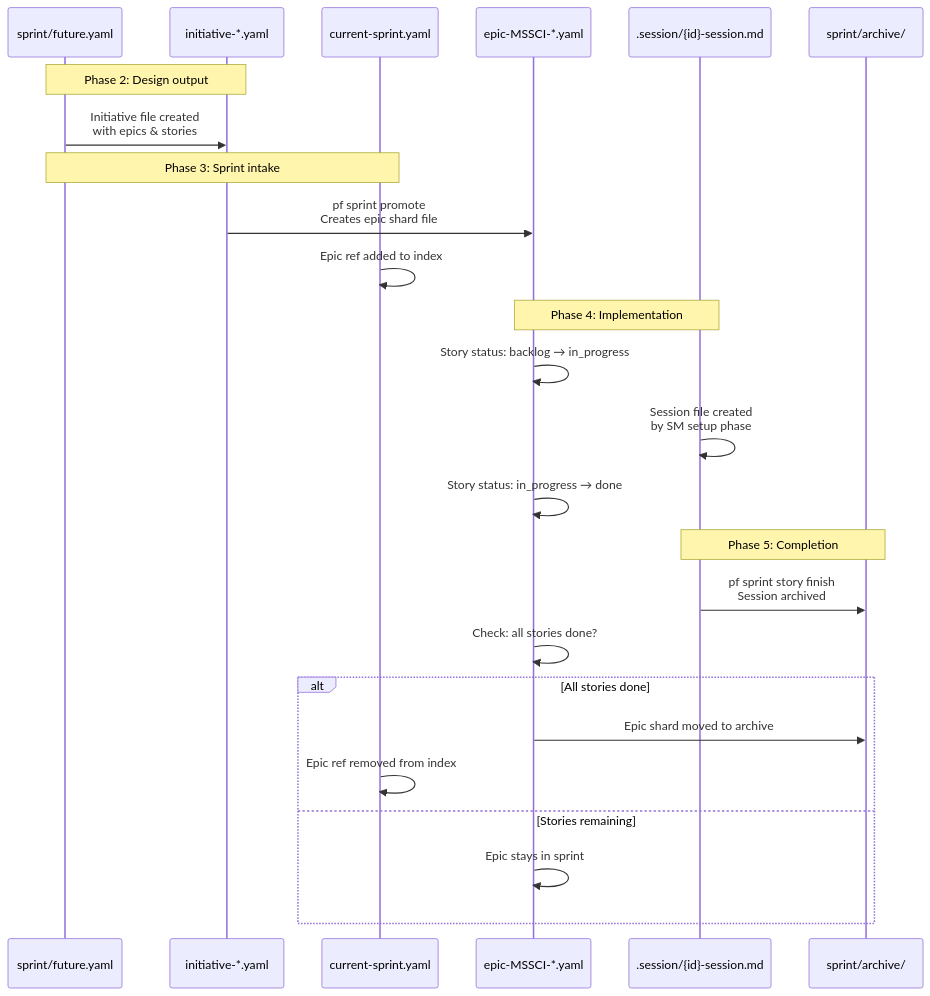
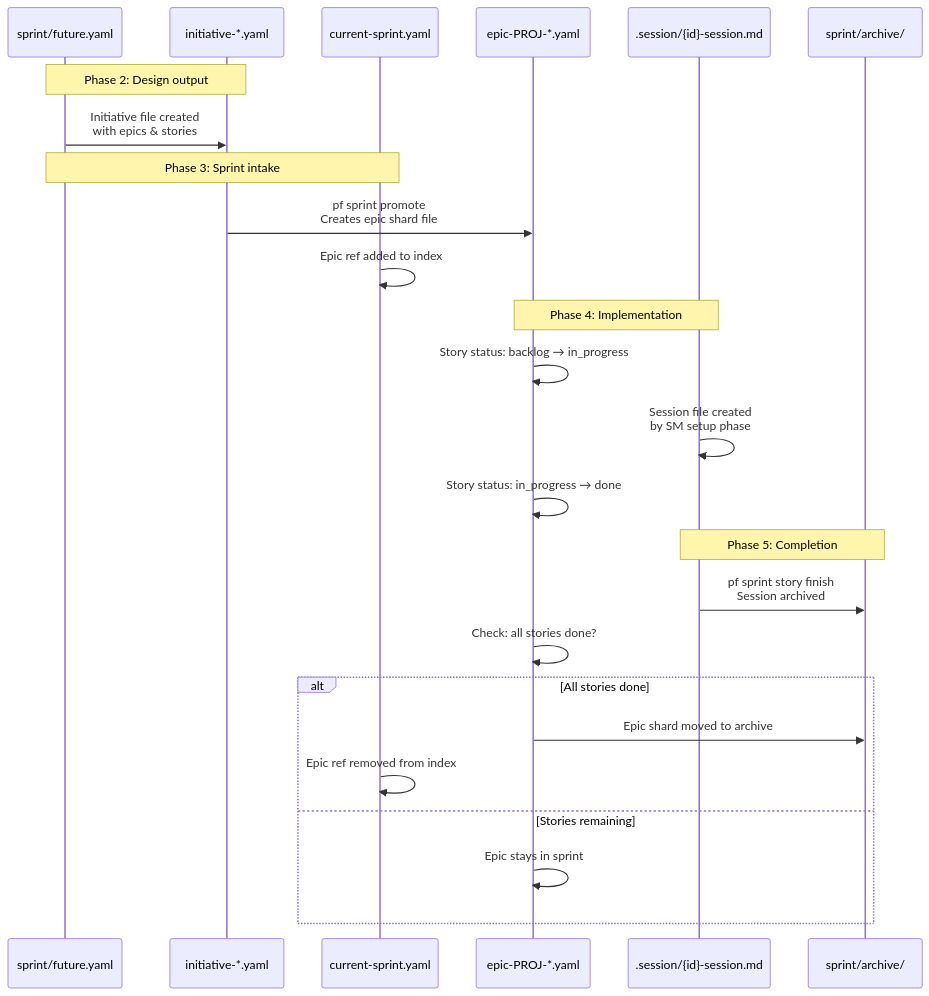
The fourth of 8 diagrams in docs/initiatives/lifecycle-composition/lifecycle-feature-journey.md (slabgorb/orc-penny), drawn with Mermaid before and after one commit. The commit also changed other lines of this file and 3751 other files, not shown here.

````diff
--- a/docs/initiatives/lifecycle-composition/lifecycle-feature-journey.md
+++ b/docs/initiatives/lifecycle-composition/lifecycle-feature-journey.md
@@ -212,32 +212,32 @@
 ```mermaid
 sequenceDiagram
     participant F as sprint/future.yaml
     participant I as initiative-*.yaml
     participant C as current-sprint.yaml
-    participant E as epic-MSSCI-*.yaml
+    participant E as epic-PROJ-*.yaml
     participant S as .session/{id}-session.md
     participant A as sprint/archive/
 
     Note over F,I: Phase 2: Design output
     F->>I: Initiative file created<br/>with epics & stories
 
     Note over F,C: Phase 3: Sprint intake
     I->>E: pf sprint promote<br/>Creates epic shard file
     C->>C: Epic ref added to index
 
     Note over E,S: Phase 4: Implementation
     E->>E: Story status: backlog → in_progress
     S->>S: Session file created<br/>by SM setup phase
     E->>E: Story status: in_progress → done
 
     Note over S,A: Phase 5: Completion
     S->>A: pf sprint story finish<br/>Session archived
     E->>E: Check: all stories done?
 
     alt All stories done
         E->>A: Epic shard moved to archive
         C->>C: Epic ref removed from index
     else Stories remaining
         E->>E: Epic stays in sprint
     end
 ```
````
